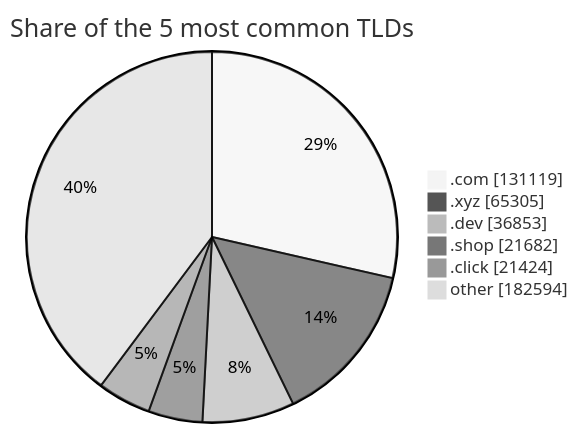
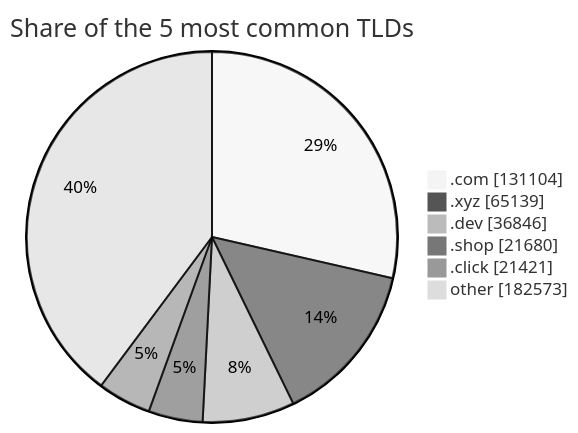
One commit to DNSBunker/CTI changed the third of 3 diagrams in README.md. Above: the diagram before and after it, drawn with Mermaid (neutral theme). The commit also changed other lines of this file and 3 other files, not shown here.

````diff
--- a/README.md
+++ b/README.md
@@ -81,9 +81,9 @@
 ```mermaid
 pie showData title Share of the 5 most common TLDs
-    ".com" : 131119
-    ".xyz" : 65305
-    ".dev" : 36853
-    ".shop" : 21682
-    ".click" : 21424
-    "other" : 182594
+    ".com" : 131104
+    ".xyz" : 65139
+    ".dev" : 36846
+    ".shop" : 21680
+    ".click" : 21421
+    "other" : 182573
 ```
````
